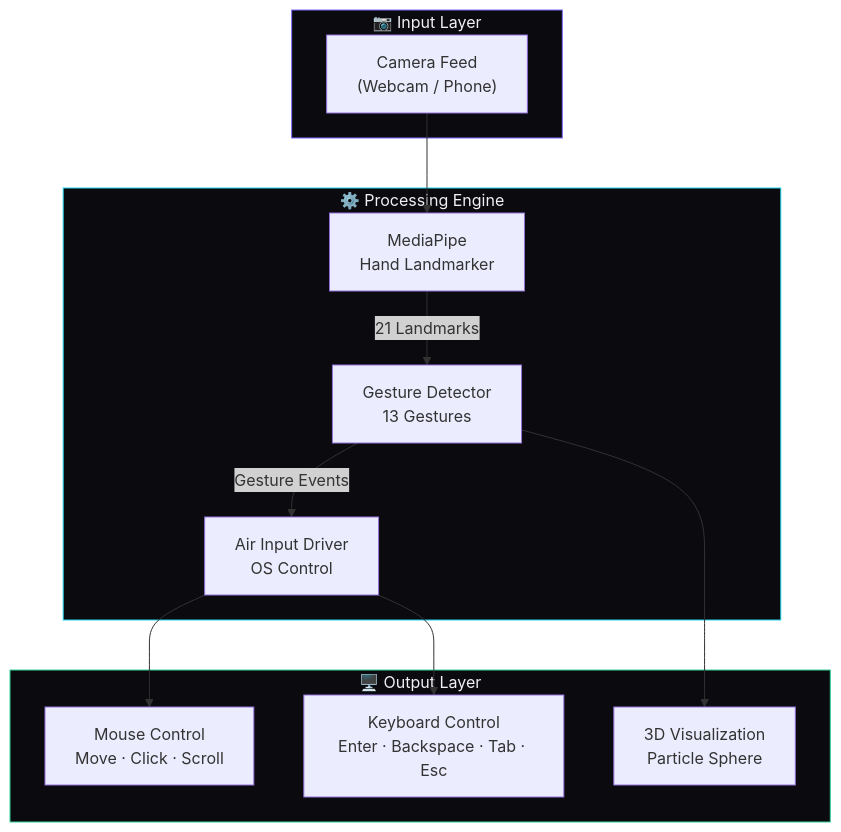
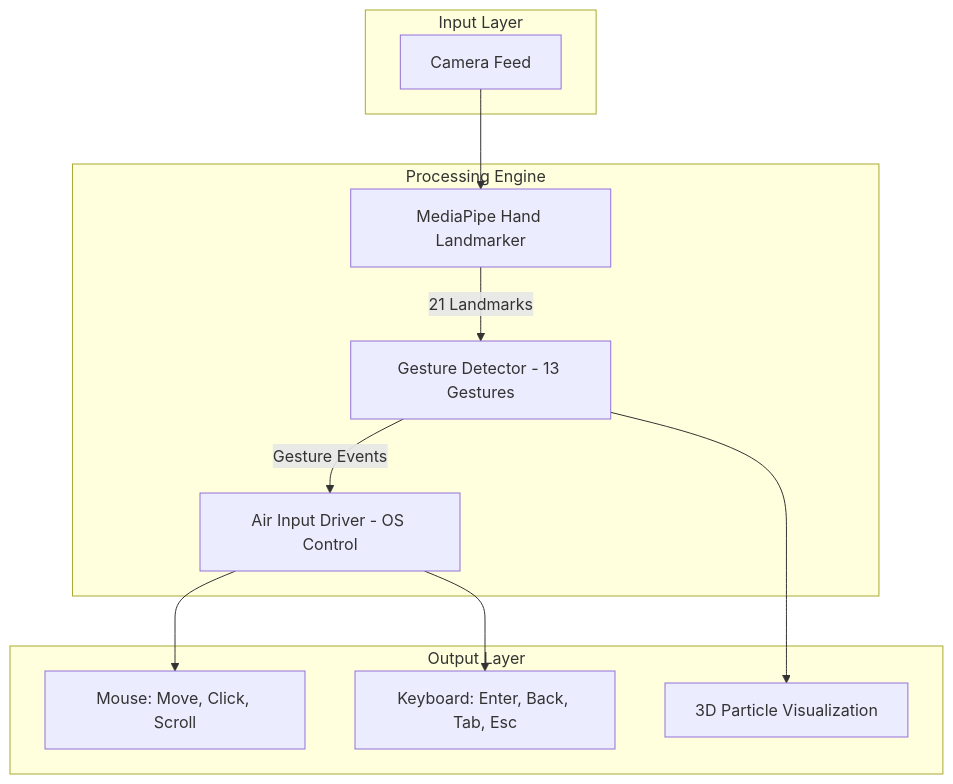
The first of 6 diagrams in README.md (RajTewari01/Spatial_tracer), drawn with Mermaid before and after one commit. The commit also changed other lines of this file, not shown here.

Commit message:
fix: Mermaid diagrams - remove emoji, br tags, style directives for GitHub rendering

````diff
--- a/README.md
+++ b/README.md
@@ -35,29 +35,25 @@
 ```mermaid
 graph TB
-    subgraph Input ["📷 Input Layer"]
-        CAM["Camera Feed<br/>(Webcam / Phone)"]
+    subgraph Input["Input Layer"]
+        CAM["Camera Feed"]
     end
 
-    subgraph Engine ["⚙️ Processing Engine"]
-        MP["MediaPipe<br/>Hand Landmarker"]
-        GD["Gesture Detector<br/>13 Gestures"]
-        AID["Air Input Driver<br/>OS Control"]
+    subgraph Engine["Processing Engine"]
+        MP["MediaPipe Hand Landmarker"]
+        GD["Gesture Detector - 13 Gestures"]
+        AID["Air Input Driver - OS Control"]
     end
 
-    subgraph Output ["🖥️ Output Layer"]
-        MOUSE["Mouse Control<br/>Move · Click · Scroll"]
-        KBD["Keyboard Control<br/>Enter · Backspace · Tab · Esc"]
-        VIZ["3D Visualization<br/>Particle Sphere"]
+    subgraph Output["Output Layer"]
+        MOUSE["Mouse: Move, Click, Scroll"]
+        KBD["Keyboard: Enter, Back, Tab, Esc"]
+        VIZ["3D Particle Visualization"]
     end
 
     CAM --> MP
-    MP -->|21 Landmarks| GD
-    GD -->|Gesture Events| AID
+    MP -->|"21 Landmarks"| GD
+    GD -->|"Gesture Events"| AID
     AID --> MOUSE
     AID --> KBD
     GD --> VIZ
-
-    style Input fill:#0a0a0f,stroke:#7c6aff,color:#f0f0f5
-    style Engine fill:#0a0a0f,stroke:#22d3ee,color:#f0f0f5
-    style Output fill:#0a0a0f,stroke:#34d399,color:#f0f0f5
 ```
````
